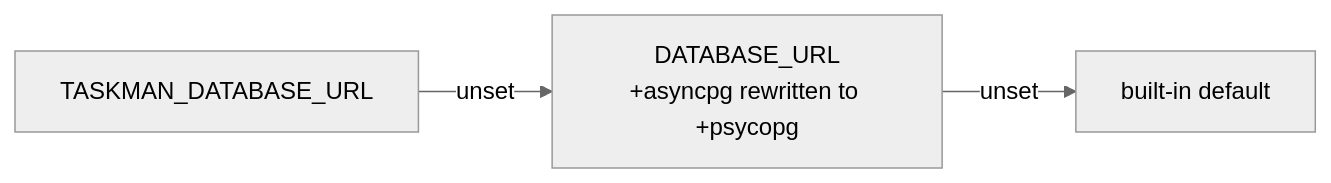
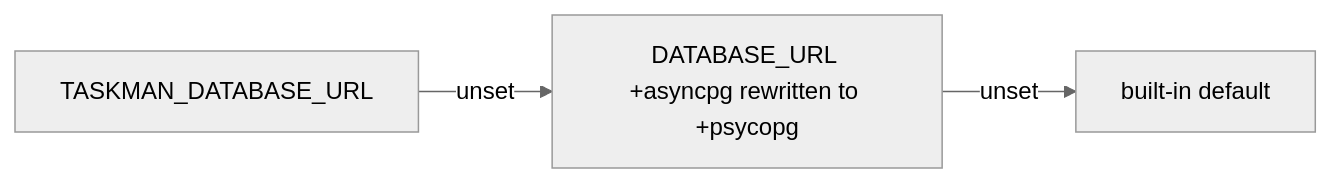
The sixth of 11 diagrams in HOW-TO-USE.agent.md (ozanozcan/ai-wow), drawn with Mermaid (neutral theme) before and after one commit. The commit also changed other lines of this file and 2 other files, not shown here.

First line of the commit message:
Fix diagram labels colliding on GitHub; document private-repo install

````diff
--- a/HOW-TO-USE.agent.md
+++ b/HOW-TO-USE.agent.md
@@ -205,5 +212,5 @@
 ```mermaid
 flowchart LR
-  A["TASKMAN_DATABASE_URL"] -->|unset| B["DATABASE_URL<br/>+asyncpg rewritten to +psycopg"]
+  A["TASKMAN_DATABASE_URL"] -->|unset| B["DATABASE_URL <br/>+asyncpg rewritten to +psycopg"]
   B -->|unset| C["built-in default"]
 ```
````
